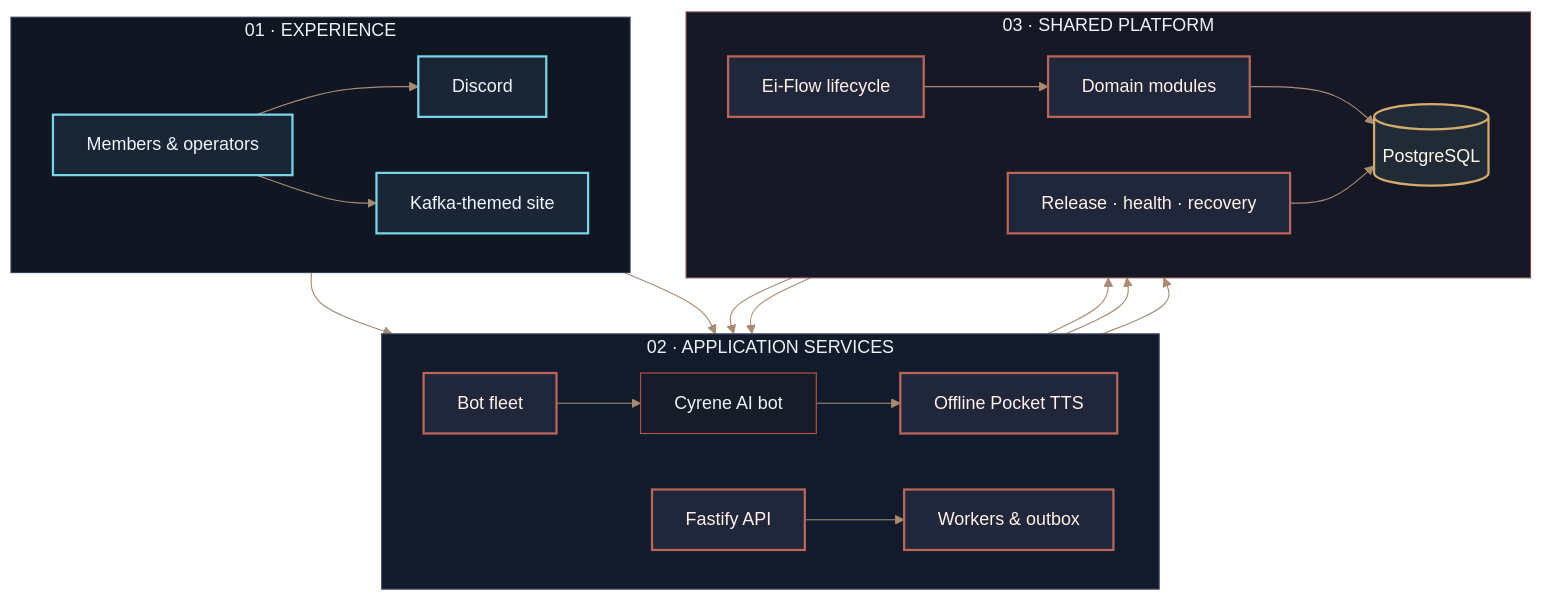
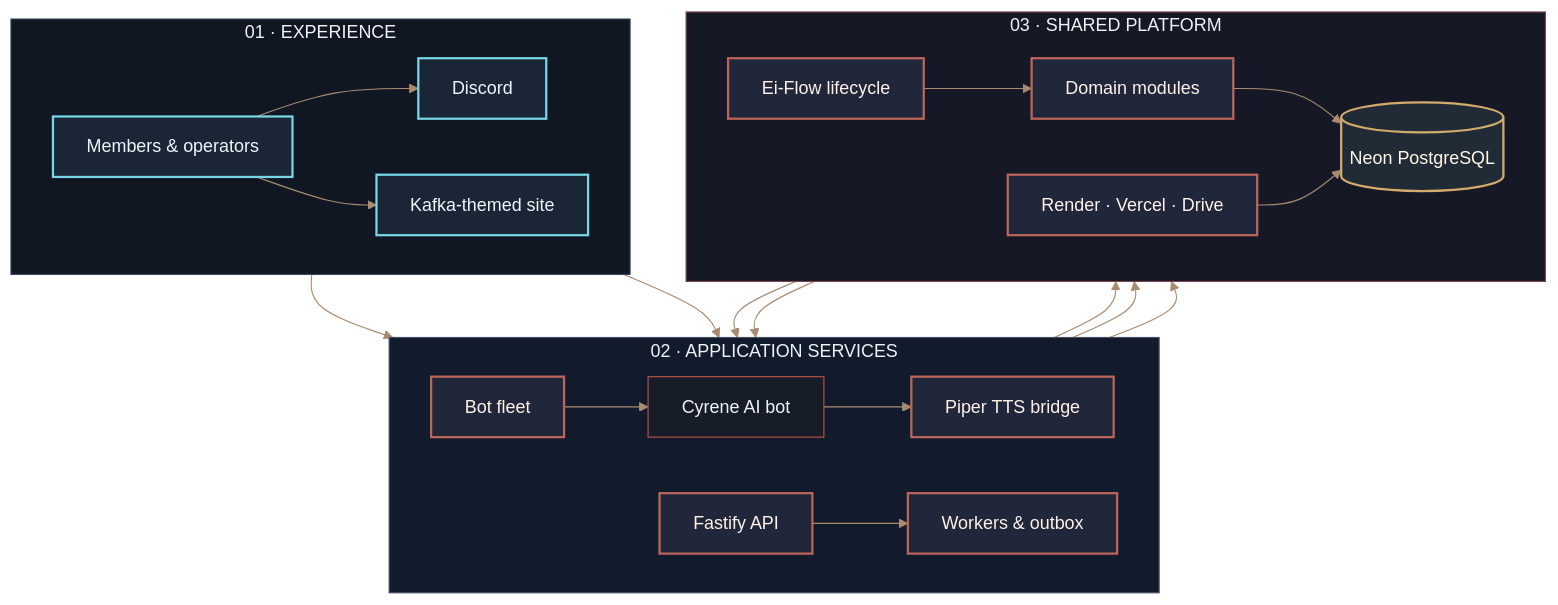
The first of 3 diagrams in README.md (xyanncat/Ei-point), drawn with Mermaid before and after one commit. The commit also changed other lines of this file and 79 other files, not shown here.

First line of the commit message:
refactor(ops): retire the VPS deployment layer and Pocket runtime

````diff
--- a/README.md
+++ b/README.md
@@ -76,49 +76,49 @@
 ```mermaid
 %%{init: {'theme':'base','themeVariables': {'primaryColor':'#171c29','primaryTextColor':'#eef2f7','primaryBorderColor':'#b95348','lineColor':'#a98b71','secondaryColor':'#20283a','tertiaryColor':'#111722','clusterBkg':'#0e1420','clusterBorder':'#39435a','fontFamily':'ui-sans-serif, system-ui, sans-serif'}}}%%
 flowchart TB
   subgraph Experience["01 · EXPERIENCE"]
     direction LR
     Members[Members & operators]
     Discord[Discord]
     Site[Kafka-themed site]
   end
   subgraph Services["02 · APPLICATION SERVICES"]
     direction LR
     API[Fastify API]
     Fleet[Bot fleet]
     Cyrene[Cyrene AI bot]
-    Pocket[Offline Pocket TTS]
+    TTS[Piper TTS bridge]
     Workers[Workers & outbox]
   end
   subgraph Core["03 · SHARED PLATFORM"]
     direction LR
     Flow[Ei-Flow lifecycle]
     Domain[Domain modules]
-    DB[(PostgreSQL)]
-    Ops[Release · health · recovery]
+    DB[(Neon PostgreSQL)]
+    Ops[Render · Vercel · Drive]
   end
   Members --> Discord
   Members --> Site
   Site --> API
   Discord --> Fleet
   Fleet --> Cyrene
-  Cyrene --> Pocket
+  Cyrene --> TTS
   Fleet --> Flow
   Flow --> Domain
   API --> DB
   Domain --> DB
   API --> Workers
   Workers --> DB
   Ops --> API
   Ops --> Fleet
   Ops --> DB
   style Experience fill:#101722,stroke:#344157,color:#eef2f7
   style Services fill:#121b2b,stroke:#475066,color:#eef2f7
   style Core fill:#171826,stroke:#7b454d,color:#eef2f7
   classDef actor fill:#1a2536,stroke:#78d6e6,color:#eef6fc,stroke-width:2px
   classDef service fill:#21273a,stroke:#bc6559,color:#fff1e8,stroke-width:2px
   classDef durable fill:#212b36,stroke:#d3ac6c,color:#fff8e8,stroke-width:2px
   class Members,Discord,Site actor
-  class API,Fleet,Pocket,Workers,Flow,Domain,Ops service
+  class API,Fleet,TTS,Workers,Flow,Domain,Ops service
   class DB durable
 ```
````
